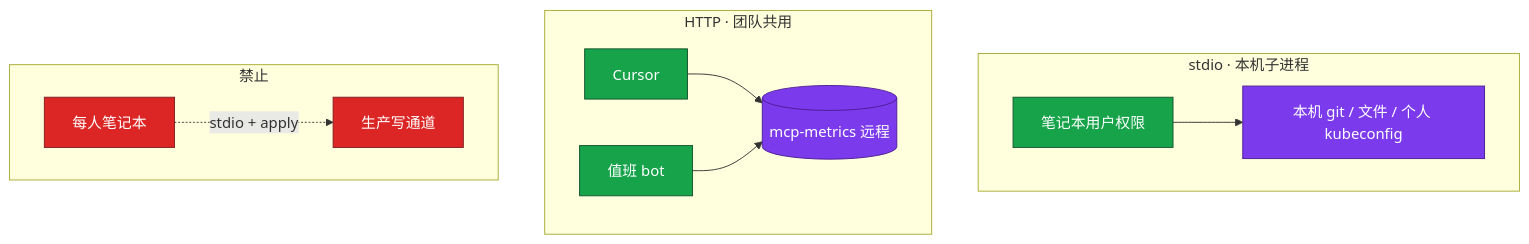
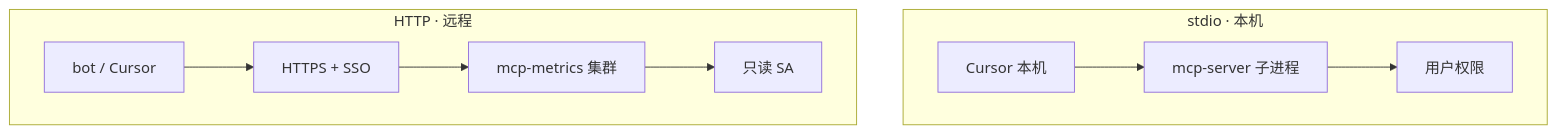
Before and after one commit to ml-cuizijun/LearnToLilith: the second of 5 diagrams in 08-AI与智能运维/05-MCP协议/知识点.md, drawn with Mermaid. The commit also changed other lines of this file and 470 other files, not shown here.

````diff
--- a/08-AI与智能运维/05-MCP协议/知识点.md
+++ b/08-AI与智能运维/05-MCP协议/知识点.md
@@ -258,19 +91,12 @@
 ```mermaid
 flowchart TB
-    classDef ok fill:#16A34A,stroke:#14532D,color:#fff
-    classDef srv fill:#7C3AED,stroke:#4C1D95,color:#fff
-    classDef bad fill:#DC2626,stroke:#7F1D1D,color:#fff
-
-    subgraph stdio ["stdio · 本机子进程"]
-        lap[笔记本用户权限]:::ok --> local[本机 git / 文件 / 个人 kubeconfig]:::srv
+    subgraph stdio ["stdio · 本机"]
+        H1[Cursor 本机] --> P1[mcp-server 子进程]
+        P1 --> U1[用户权限]
     end
-
-    subgraph http ["HTTP · 团队共用"]
-        ide[Cursor]:::ok --> remote[(mcp-metrics 远程)]:::srv
-        oncall[值班 bot]:::ok --> remote
-    end
-
-    subgraph bad ["禁止"]
-        everyone[每人笔记本]:::bad -.->|stdio + apply| prod[生产写通道]:::bad
+    subgraph http ["HTTP · 远程"]
+        H2[bot / Cursor] --> GW[HTTPS + SSO]
+        GW --> S2[mcp-metrics 集群]
+        S2 --> SA[只读 SA]
     end
 ```
````
